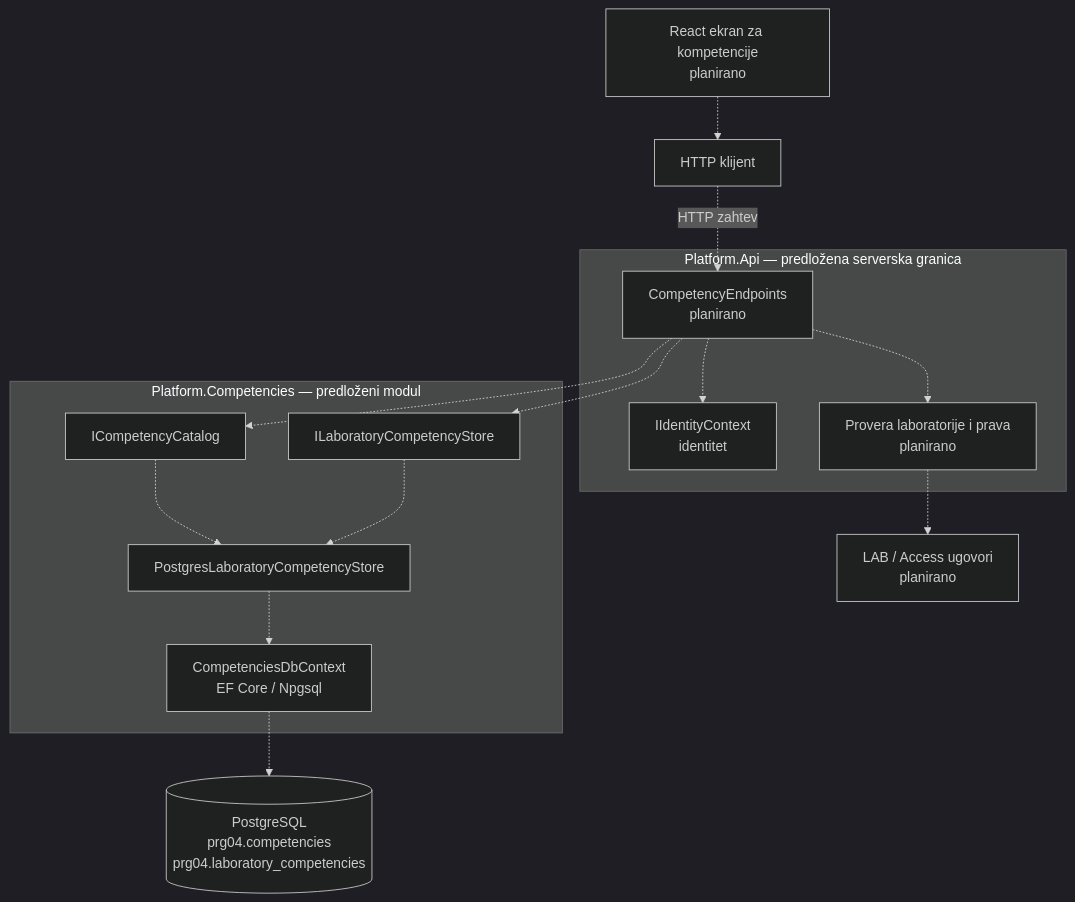
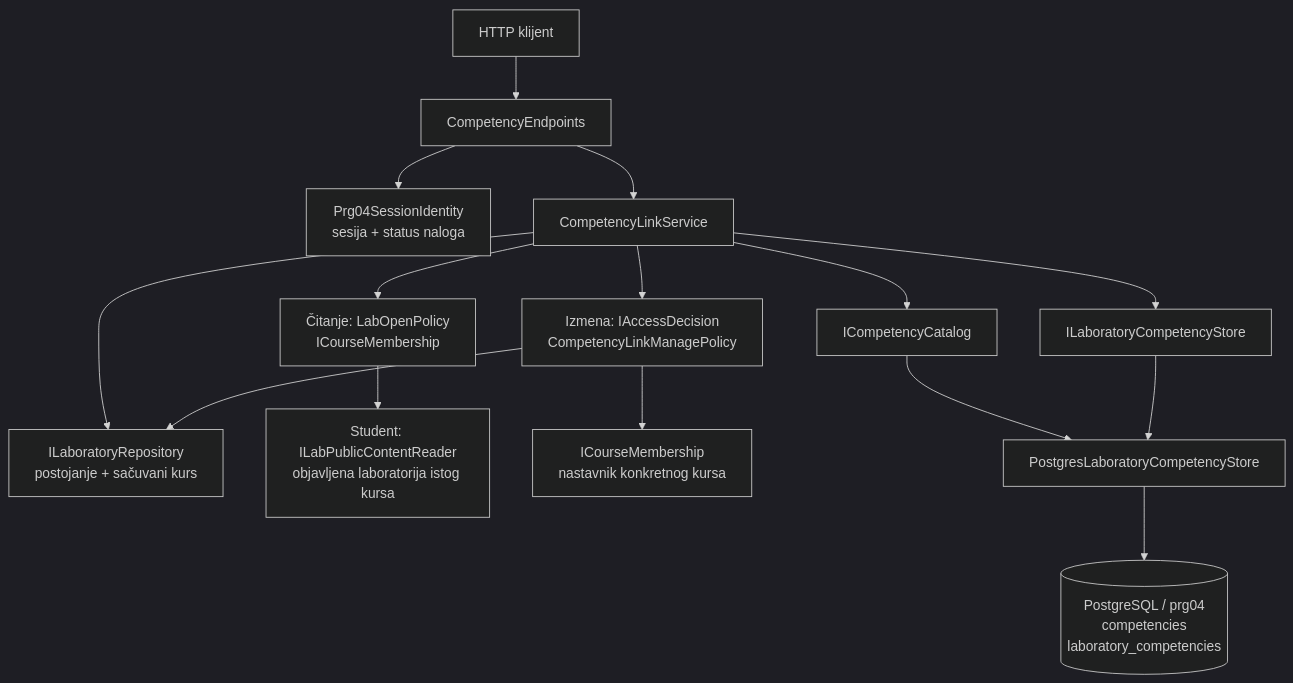
One commit to owlCoder/security-lab changed the diagram in docs/components/PRG-04-competencies.md. Above: the diagram before and after it, drawn with Mermaid (dark theme). The commit also changed other lines of this file and 6 other files, not shown here.

First line of the commit message:
fix(prg-04): protect unpublished competency links

````diff
--- a/docs/components/PRG-04-competencies.md
+++ b/docs/components/PRG-04-competencies.md
@@ -45,31 +34,17 @@
 ```mermaid
 flowchart TB
-  CLIENT["HTTP klijent"]
-  UI["React ekran za kompetencije<br/>planirano"]
-  UI -.-> CLIENT
-
-  subgraph API["Platform.Api — predložena serverska granica"]
-    IDENTITY["IIdentityContext<br/>identitet"]
-    EP["CompetencyEndpoints<br/>planirano"]
-    RESOURCE["Provera laboratorije i prava<br/>planirano"]
-    EP -.-> IDENTITY
-    EP -.-> RESOURCE
-  end
-
-  CLIENT -.->|"HTTP zahtev"| EP
-
-  subgraph PRG["Platform.Competencies — predloženi modul"]
-    CATALOG["ICompetencyCatalog"]
-    LINKS["ILaboratoryCompetencyStore"]
-    STORE["PostgresLaboratoryCompetencyStore"]
-    CONTEXT["CompetenciesDbContext<br/>EF Core / Npgsql"]
-    CATALOG -.-> STORE
-    LINKS -.-> STORE
-    STORE -.-> CONTEXT
-  end
-
-  EP -.-> CATALOG
-  EP -.-> LINKS
-  RESOURCE -.-> LABACCESS["LAB / Access ugovori<br/>planirano"]
-  CONTEXT -.-> DB[("PostgreSQL<br/>prg04.competencies<br/>prg04.laboratory_competencies")]
+  CLIENT["HTTP klijent"] --> EP["CompetencyEndpoints"]
+  EP --> ID["Prg04SessionIdentity<br/>sesija + status naloga"]
+  EP --> SERVICE["CompetencyLinkService"]
+  SERVICE --> LAB["ILaboratoryRepository<br/>postojanje + sačuvani kurs"]
+  SERVICE --> READ["Čitanje: LabOpenPolicy<br/>ICourseMembership"]
+  READ --> PUBLIC["Student: ILabPublicContentReader<br/>objavljena laboratorija istog kursa"]
+  SERVICE --> EDIT["Izmena: IAccessDecision<br/>CompetencyLinkManagePolicy"]
+  EDIT --> LAB
+  EDIT --> MEMBER["ICourseMembership<br/>nastavnik konkretnog kursa"]
+  SERVICE --> CATALOG["ICompetencyCatalog"]
+  SERVICE --> LINKS["ILaboratoryCompetencyStore"]
+  CATALOG --> STORE["PostgresLaboratoryCompetencyStore"]
+  LINKS --> STORE
+  STORE --> DB[("PostgreSQL / prg04<br/>competencies<br/>laboratory_competencies")]
 ```
````
